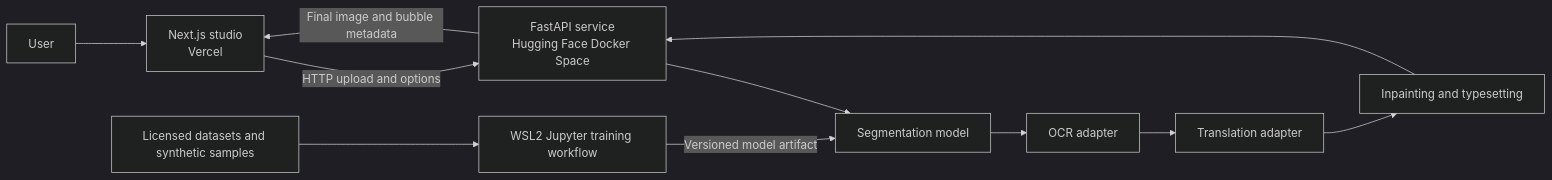
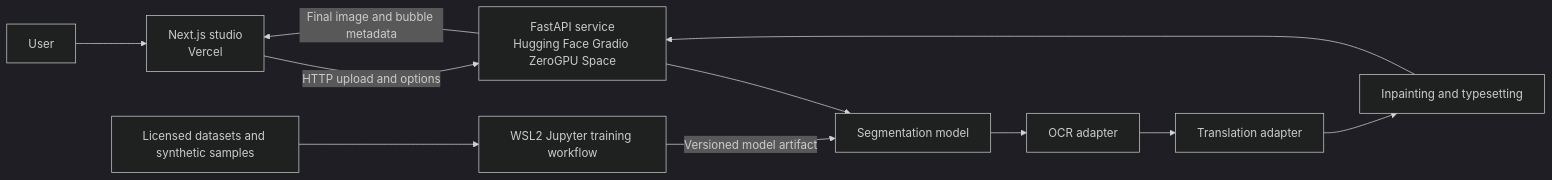
One commit to 01mayankk/comictypeset-ai changed the second of 2 diagrams in README.md. Above: the diagram before and after it, drawn with Mermaid (dark theme). The commit also changed other lines of this file and 7 other files, not shown here.

Commit message:
Adapt Hugging Face backend for Gradio ZeroGPU

````diff
--- a/README.md
+++ b/README.md
@@ -116,13 +116,13 @@
 ``` mermaid
 flowchart LR
     U[User] --> FE[Next.js studio<br/>Vercel]
-    FE -->|HTTP upload and options| API[FastAPI service<br/>Hugging Face Docker Space]
+    FE -->|HTTP upload and options| API[FastAPI service<br/>Hugging Face Gradio ZeroGPU Space]
     API --> SEG[Segmentation model]
     SEG --> OCR[OCR adapter]
     OCR --> TR[Translation adapter]
     TR --> TS[Inpainting and typesetting]
     TS --> API
     API -->|Final image and bubble metadata| FE
     TRAIN[WSL2 Jupyter training workflow] -->|Versioned model artifact| SEG
     DATA[Licensed datasets and synthetic samples] --> TRAIN
 ```
````
